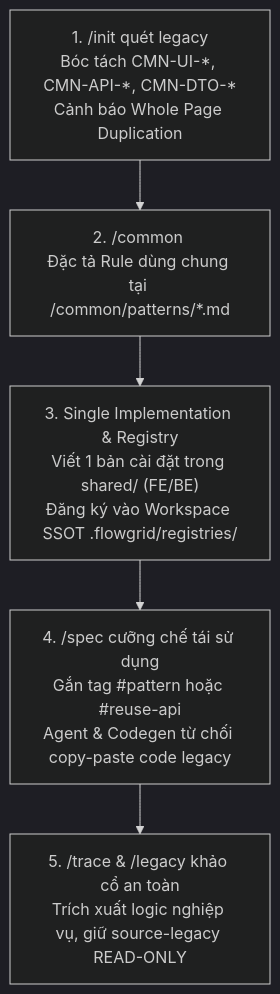
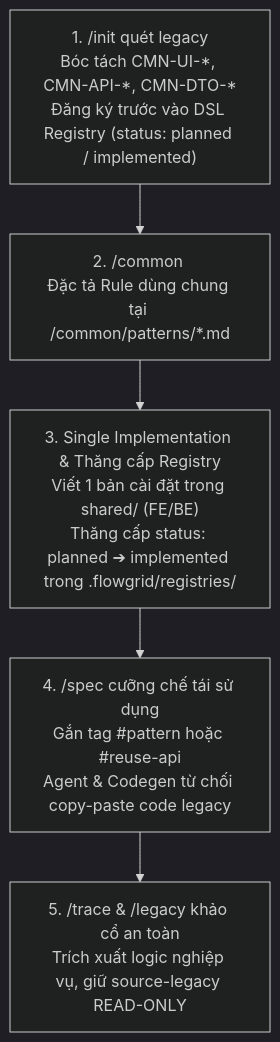
One commit to ShanYuCoder/flowgrid-docs changed the second of 3 diagrams in vi/workflows/phase-0-setup.md. Above: the diagram before and after it, drawn with Mermaid (dark theme). The commit also changed other lines of this file and 11 other files, not shown here.

````diff
--- a/vi/workflows/phase-0-setup.md
+++ b/vi/workflows/phase-0-setup.md
@@ -116,7 +116,7 @@
 ```mermaid
 flowchart TD
-  INIT["1. /init quét legacy<br/>Bóc tách CMN-UI-*, CMN-API-*, CMN-DTO-*<br/>Cảnh báo Whole Page Duplication"] --> COMMON["2. /common <CMN-ID><br/>Đặc tả Rule dùng chung tại <LCA>/common/patterns/*.md"]
-  COMMON --> IMPL["3. Single Implementation & Registry<br/>Viết 1 bản cài đặt trong shared/ (FE/BE)<br/>Đăng ký vào Workspace SSOT .flowgrid/registries/"]
+  INIT["1. /init quét legacy<br/>Bóc tách CMN-UI-*, CMN-API-*, CMN-DTO-*<br/>Đăng ký trước vào DSL Registry (status: planned / implemented)"] --> COMMON["2. /common <CMN-ID><br/>Đặc tả Rule dùng chung tại <LCA>/common/patterns/*.md"]
+  COMMON --> IMPL["3. Single Implementation & Thăng cấp Registry<br/>Viết 1 bản cài đặt trong shared/ (FE/BE)<br/>Thăng cấp status: planned ➔ implemented trong .flowgrid/registries/"]
   IMPL --> SPEC["4. /spec cưỡng chế tái sử dụng<br/>Gắn tag #pattern hoặc #reuse-api<br/>Agent & Codegen từ chối copy-paste code legacy"]
   SPEC --> SAFETRACE["5. /trace & /legacy khảo cổ an toàn<br/>Trích xuất logic nghiệp vụ, giữ source-legacy READ-ONLY"]
 ```
````
